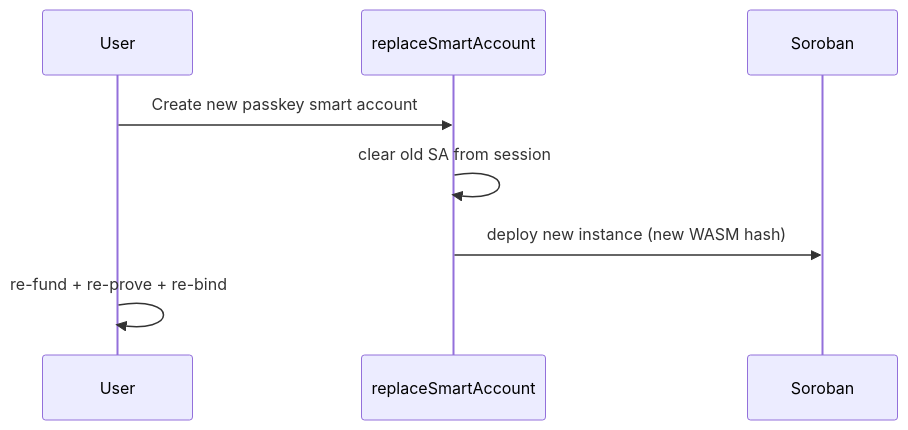
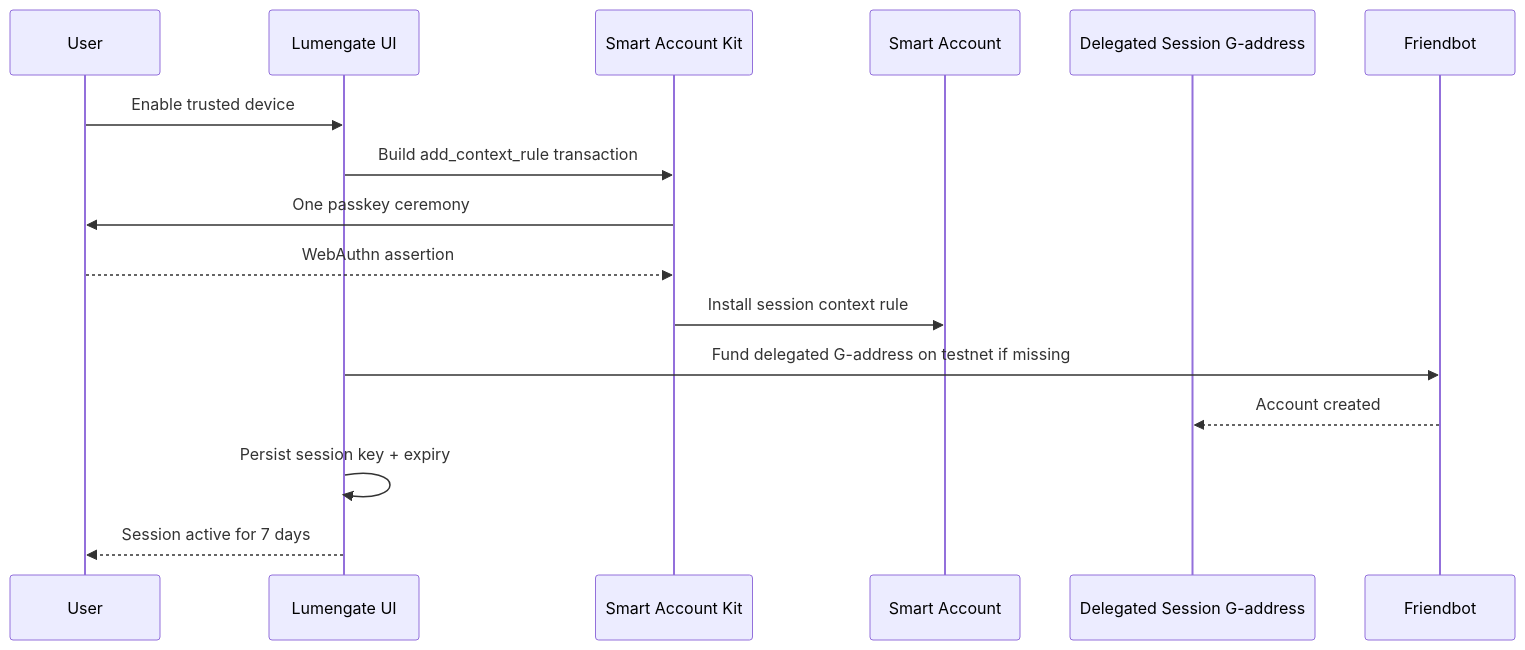
Before and after one commit to goat-dev8/Lumengate: the second of 5 diagrams in docs/PASSKEY_SMART_ACCOUNT_IMPLEMENTATION_GUIDE.md, drawn with Mermaid. The commit also changed other lines of this file and 7 other files, not shown here.

First line of the commit message:
Polish first-user sync, Shield progress UX, and smart account guide.

````diff
--- a/docs/PASSKEY_SMART_ACCOUNT_IMPLEMENTATION_GUIDE.md
+++ b/docs/PASSKEY_SMART_ACCOUNT_IMPLEMENTATION_GUIDE.md
@@ -2266,11 +110,19 @@
 ```mermaid
 sequenceDiagram
   participant U as User
-  participant App as replaceSmartAccount
-  participant RPC as Soroban
+  participant UI as Lumengate UI
+  participant Kit as Smart Account Kit
+  participant SA as Smart Account
+  participant G as Delegated Session G-address
+  participant F as Friendbot
 
-  U->>App: Create new passkey smart account
-  App->>App: clear old SA from session
-  App->>RPC: deploy new instance (new WASM hash)
-  U->>U: re-fund + re-prove + re-bind
+  U->>UI: Enable trusted device
+  UI->>Kit: Build add_context_rule transaction
+  Kit->>U: One passkey ceremony
+  U-->>Kit: WebAuthn assertion
+  Kit->>SA: Install session context rule
+  UI->>F: Fund delegated G-address on testnet if missing
+  F-->>G: Account created
+  UI->>UI: Persist session key + expiry
+  UI-->>U: Session active for 7 days
 ```
````
